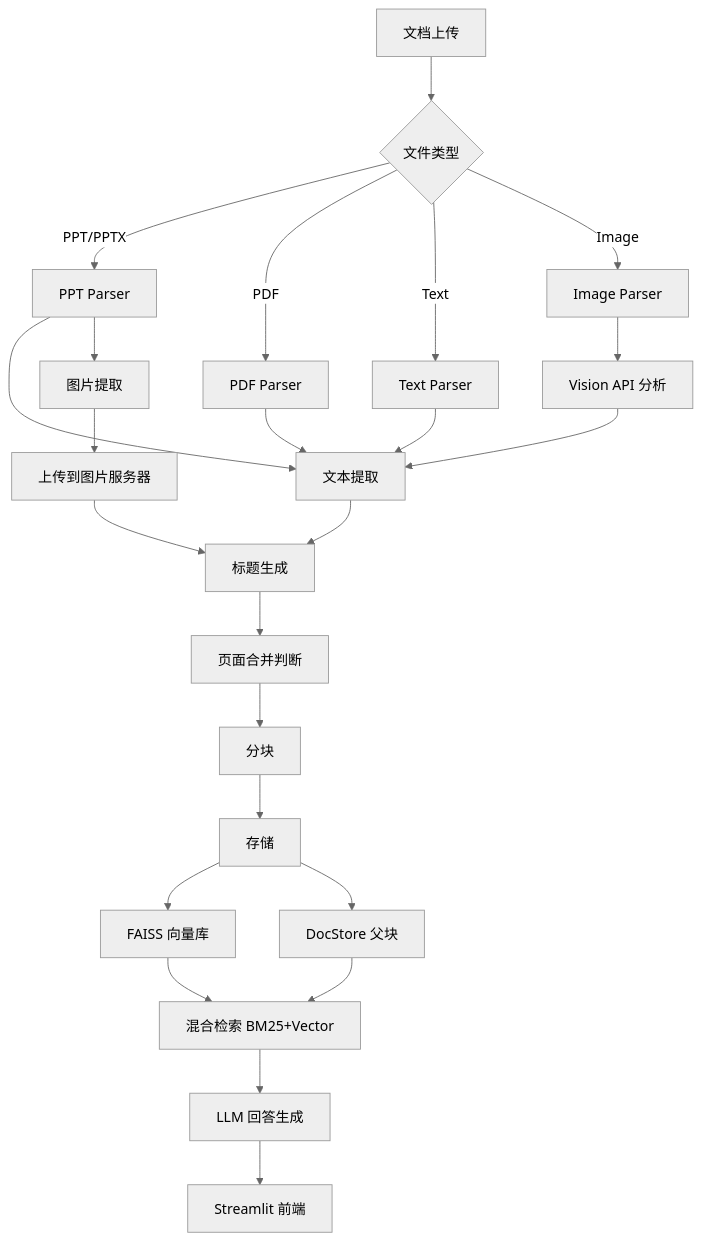
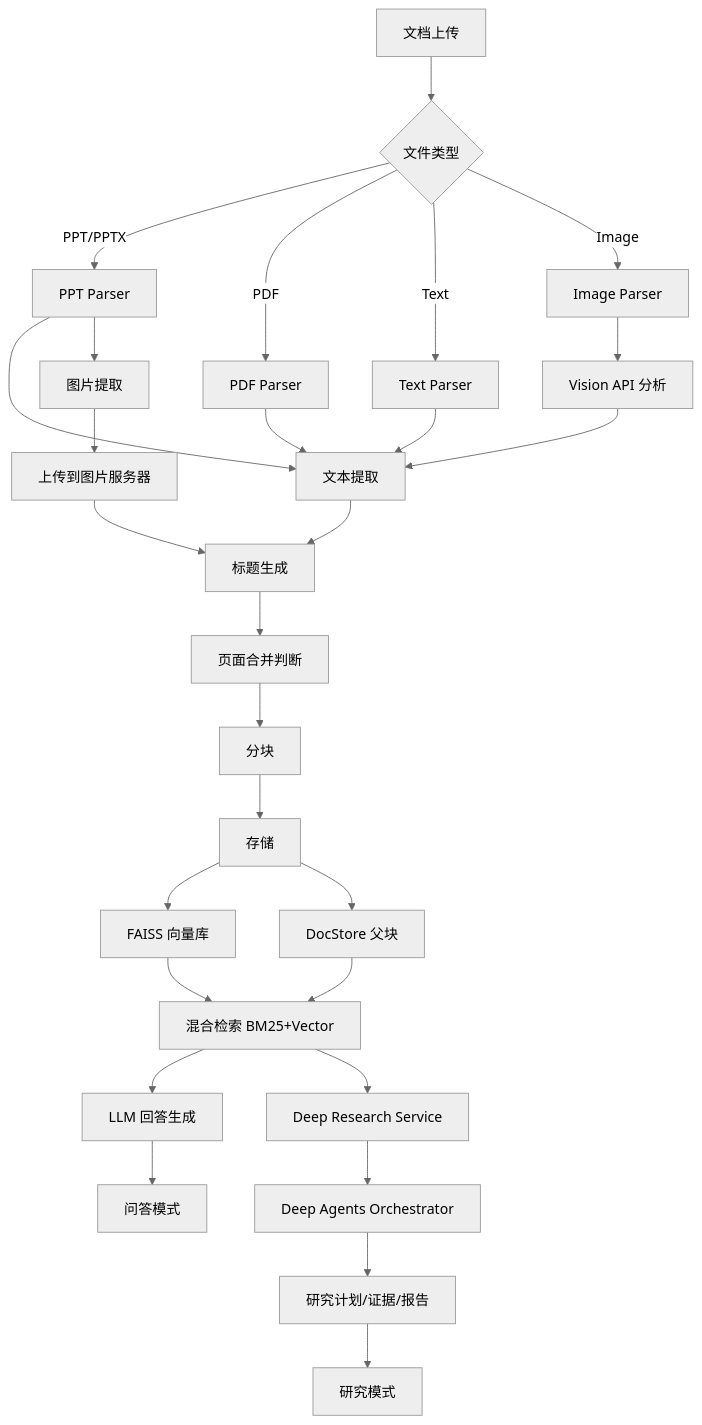
The first of 3 diagrams in pptx-rag/README.md (jiangchengjiadan/daniel-langraph), drawn with Mermaid (neutral theme) before and after one commit. The commit also changed other lines of this file and 18 other files, not shown here.

````diff
--- a/pptx-rag/README.md
+++ b/pptx-rag/README.md
@@ -37,26 +56,30 @@
 ```mermaid
 graph TD
     A[文档上传] --> B{文件类型}
     B -->|PPT/PPTX| C[PPT Parser]
     B -->|PDF| D[PDF Parser]
     B -->|Text| E[Text Parser]
     B -->|Image| F[Image Parser]
     C --> G[文本提取]
     C --> H[图片提取]
     D --> G
     E --> G
     F --> I[Vision API 分析]
     I --> G
     H --> J[上传到图片服务器]
     G --> K[标题生成]
     J --> K
     K --> L[页面合并判断]
     L --> M[分块]
     M --> N[存储]
     N --> O[FAISS 向量库]
     N --> P[DocStore 父块]
     O --> Q[混合检索 BM25+Vector]
     P --> Q
     Q --> R[LLM 回答生成]
-    R --> S[Streamlit 前端]
+    R --> S[问答模式]
+    Q --> T[Deep Research Service]
+    T --> U[Deep Agents Orchestrator]
+    U --> V[研究计划/证据/报告]
+    V --> W[研究模式]
 ```
````
